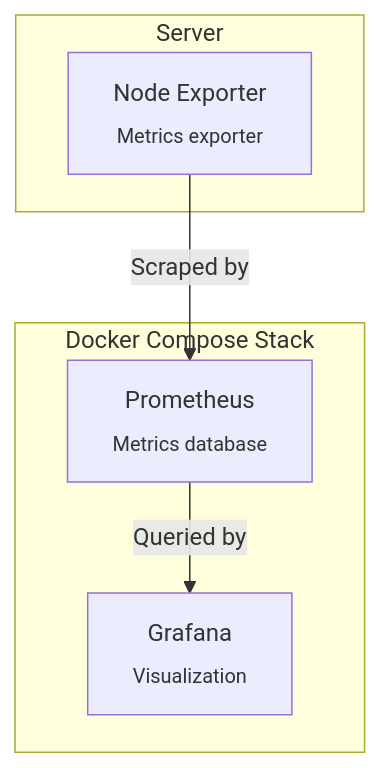
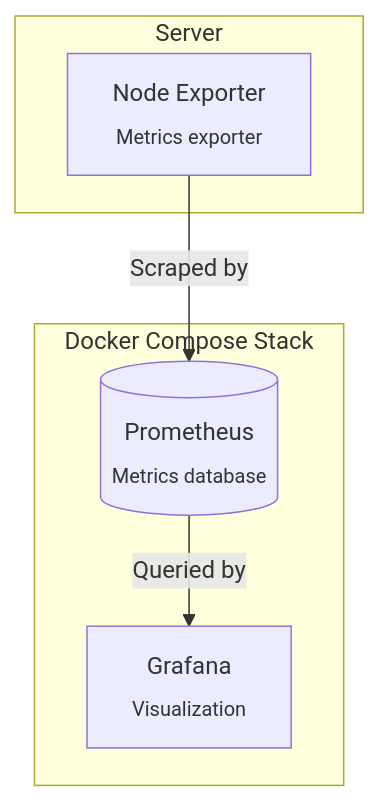
One commit to Kovalenkolex/Monitoring changed the diagram in README.md. Above: the diagram before and after it, drawn with Mermaid.

Commit message:
fixed readme4

````diff
--- a/README.md
+++ b/README.md
@@ -14,14 +14,14 @@
 ```mermaid
 graph TD
-    A[Node Exporter<br><sub>Metrics exporter</sub>] -->|Scraped by| B[Prometheus<br><sub>Metrics database</sub>]
-    B -->|Queried by| C[Grafana<br><sub>Visualization</sub>]
+    A[Node Exporter<br><sub>Metrics exporter</sub>] -->| Scraped by | B[(Prometheus<br><sub>Metrics database </sub>)]
+    B -->| Queried by | C[Grafana<br><sub>Visualization</sub>]
 
     subgraph Server
         A
     end
 
     subgraph Docker Compose Stack
         B
         C
     end
 ```
````
